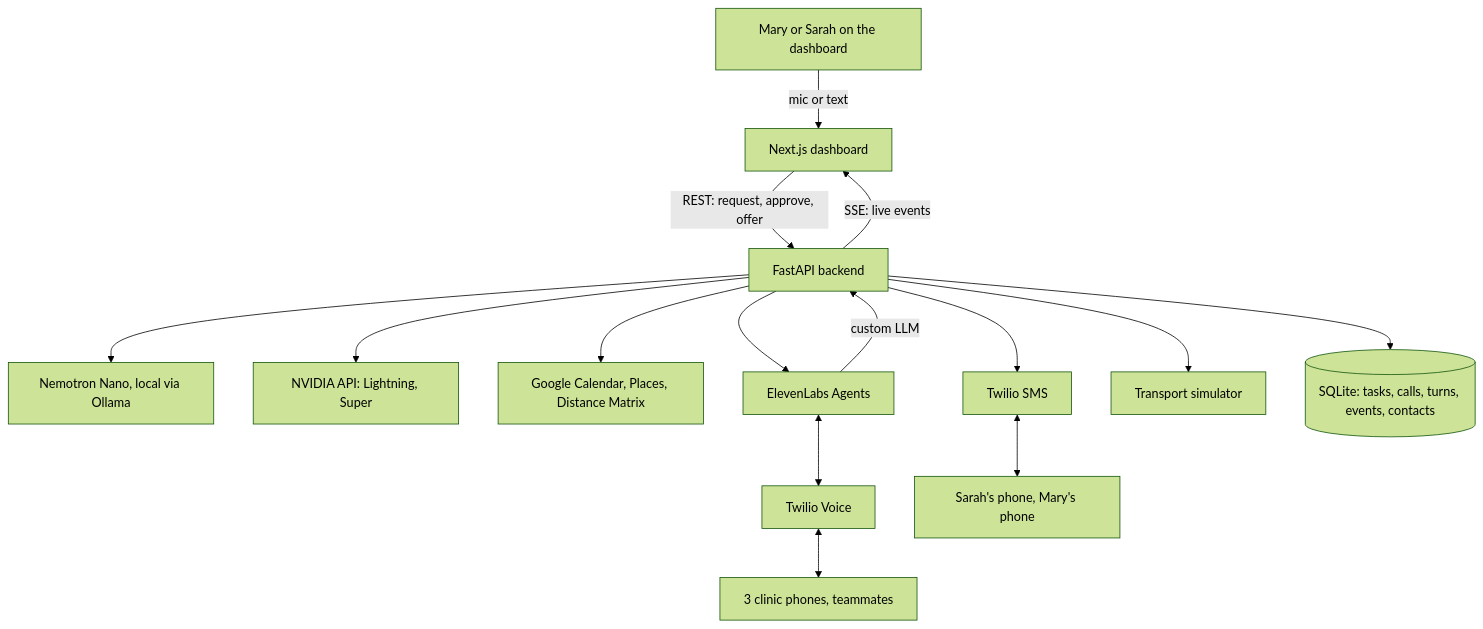
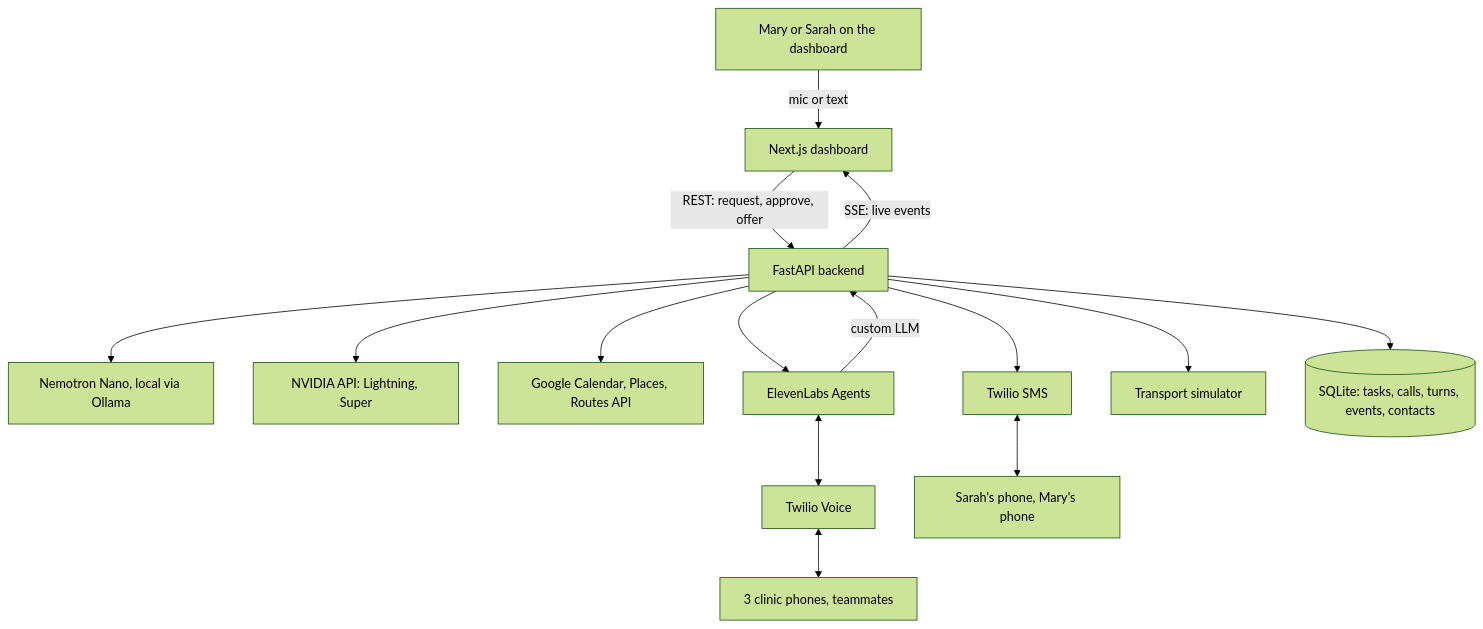
Before and after one commit to AngelaYue2006/tidalByte26: the diagram in docs/ARCHITECTURE.md, drawn with Mermaid (forest theme). The commit also changed other lines of this file and 4 other files, not shown here.

Commit message:
integrations: verify Google Routes and record provider choice

````diff
--- a/docs/ARCHITECTURE.md
+++ b/docs/ARCHITECTURE.md
@@ -7,15 +7,15 @@
 ```mermaid
 flowchart TD
     U[Mary or Sarah on the dashboard] -- mic or text --> D[Next.js dashboard]
     D -- REST: request, approve, offer --> B[FastAPI backend]
     B -- SSE: live events --> D
     B --> N1[Nemotron Nano, local via Ollama]
     B --> N2[NVIDIA API: Lightning, Super]
-    B --> G[Google Calendar, Places, Distance Matrix]
+    B --> G[Google Calendar, Places, Routes API]
     B --> E[ElevenLabs Agents]
     E <--> T[Twilio Voice] <--> C[3 clinic phones, teammates]
     E -- custom LLM --> B
     B --> S[Twilio SMS] <--> F[Sarah's phone, Mary's phone]
     B --> X[Transport simulator]
     B --> DB[(SQLite: tasks, calls, turns, events, contacts)]
 ```
````
